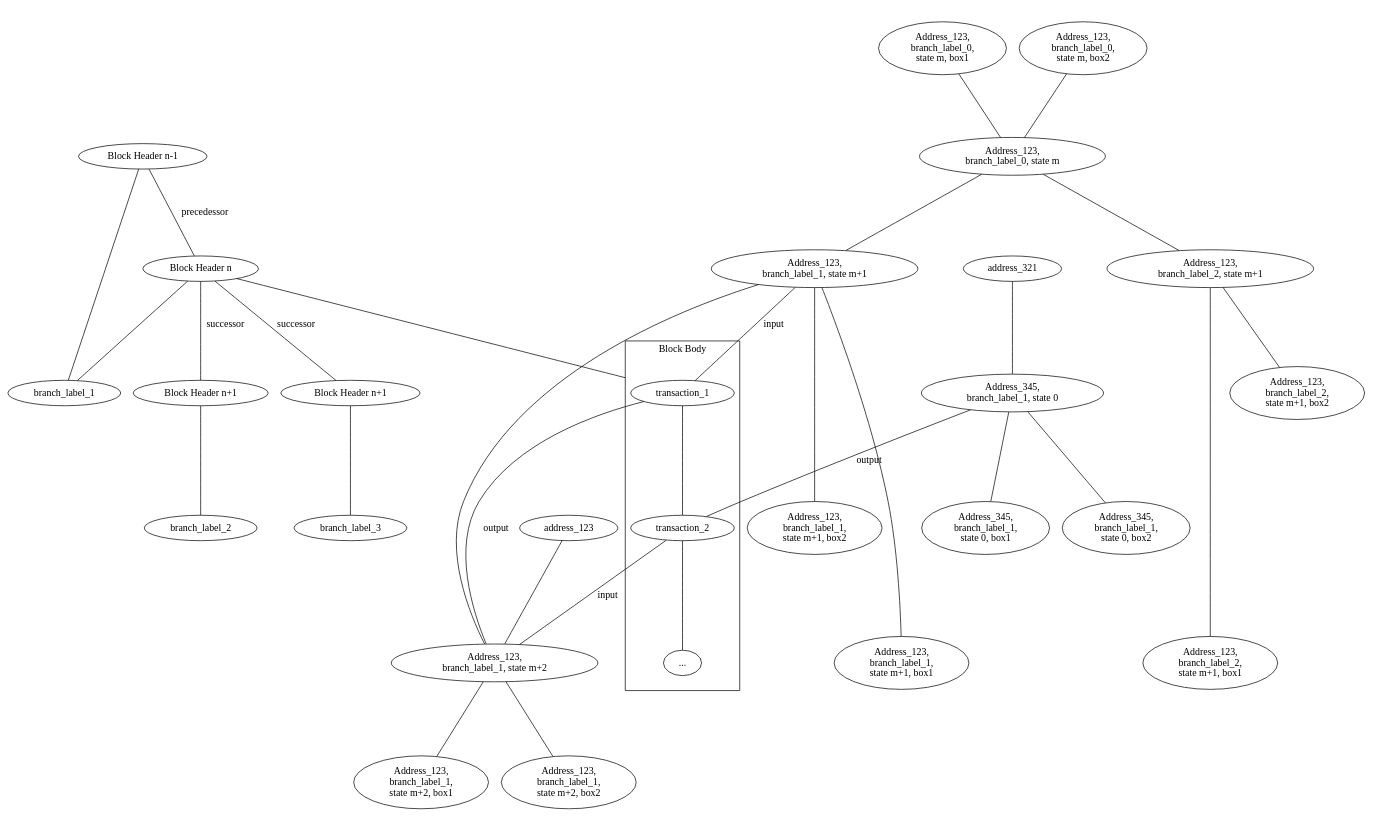
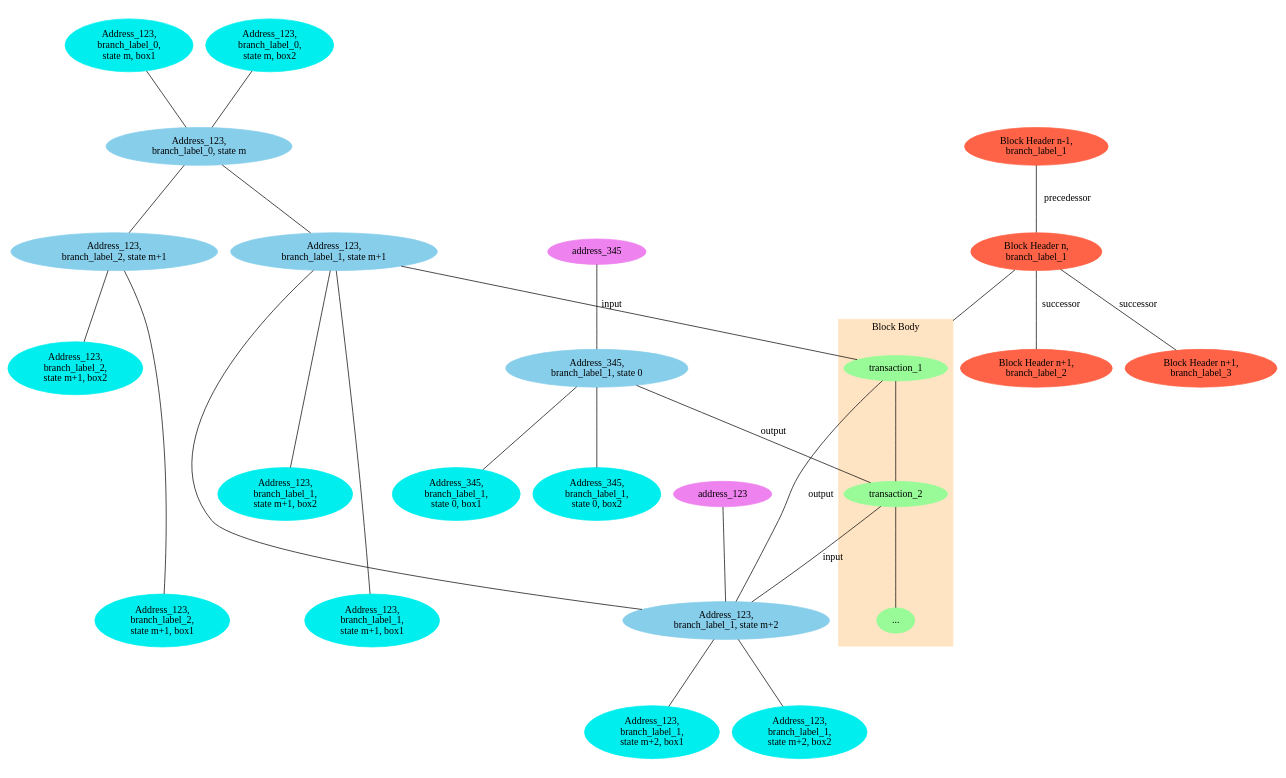
The diagram in genus_block_data_model.dot (mgrand-topl/PlantUML_Sandbox), drawn with Graphviz before and after one commit.

```diff
--- a/genus_block_data_model.dot
+++ b/genus_block_data_model.dot
@@ -1,32 +1,56 @@
 graph g {
   ratio= 0.6;
   compound=true;
-  "Block Header n" [label="Block Header n"]
-  "Block Header n-1" -- branch_label_1
-  "Block Header n-1" -- "Block Header n" [label = "precedessor"];
-  "Block Header n" -- "Block Header n+1" [label = "successor"]
-  "Block Header n" -- "Block Header n+1 " [label = "successor"]
-  "Block Header n" -- branch_label_1
-  "Block Header n" -- transaction_1 [lhead=cluster0]
-  "Block Header n+1" -- branch_label_2
-  "Block Header n+1 " -- branch_label_3
+  "Block Header n,\nbranch_label_1" [color=tomato, style=filled]
+  "Block Header n-1,\nbranch_label_1" [color=tomato, style=filled]
+  "Block Header n-1,\nbranch_label_1"
+  "Block Header n-1,\nbranch_label_1" -- "Block Header n,\nbranch_label_1" [label = "precedessor"];
+  "Block Header n,\nbranch_label_1" -- "Block Header n+1,\nbranch_label_2" [label = "successor"]
+  "Block Header n,\nbranch_label_1" -- "Block Header n+1,\nbranch_label_3" [label = "successor"]
+  "Block Header n,\nbranch_label_1"
+  "Block Header n,\nbranch_label_1" -- transaction_1 [lhead=cluster0]
+  "Block Header n+1,\nbranch_label_2" [color=tomato, style=filled]
+  "Block Header n+1,\nbranch_label_2"
+  "Block Header n+1,\nbranch_label_3" [color=tomato, style=filled]
 
   subgraph cluster0 {
     label = "Block Body"
+    color=bisque
+    style=filled
+    "..." [color=palegreen, style=filled]
     transaction_1 -- transaction_2 -- "...";
   }
+  "Address_123,\nbranch_label_0,\nstate m, box1" [color=cyan2, style=filled]
+  "Address_123,\nbranch_label_0,\nstate m, box2" [color=cyan2, style=filled]
   {"Address_123,\nbranch_label_0,\nstate m, box1" "Address_123,\nbranch_label_0,\nstate m, box2"} -- "Address_123,\nbranch_label_0, state m"
+  "Address_123,\nbranch_label_0, state m" [color=skyblue, style=filled]
   "Address_123,\nbranch_label_0, state m" --  {"Address_123,\nbranch_label_1, state m+1" "Address_123,\nbranch_label_2, state m+1"}
+  "Address_123,\nbranch_label_1, state m+1" [color=skyblue, style=filled]
+  "Address_123,\nbranch_label_1,\nstate m+1, box1" [color=cyan2, style=filled]
+  "Address_123,\nbranch_label_1,\nstate m+1, box2" [color=cyan2, style=filled]
   "Address_123,\nbranch_label_1, state m+1" -- "Address_123,\nbranch_label_1,\nstate m+1, box1" [minlen="3"]
   "Address_123,\nbranch_label_1, state m+1" -- "Address_123,\nbranch_label_1,\nstate m+1, box2" [minlen="2"]
+  "Address_123,\nbranch_label_2,\nstate m+1, box1" [color=cyan2, style=filled]
+  "Address_123,\nbranch_label_2,\nstate m+1, box2" [color=cyan2, style=filled]
+  "Address_123,\nbranch_label_2, state m+1" [color=skyblue, style=filled]
   "Address_123,\nbranch_label_2, state m+1" -- "Address_123,\nbranch_label_2,\nstate m+1, box1" [minlen="3"]
   "Address_123,\nbranch_label_2, state m+1" -- "Address_123,\nbranch_label_2,\nstate m+1, box2"
   "Address_123,\nbranch_label_1, state m+1" -- transaction_1 [label="input"]
+  "Address_123,\nbranch_label_1,\nstate m+2, box1" [color=cyan2, style=filled]
+  "Address_123,\nbranch_label_1,\nstate m+2, box2" [color=cyan2, style=filled]
   "Address_123,\nbranch_label_1, state m+1" -- "Address_123,\nbranch_label_1, state m+2" -- {"Address_123,\nbranch_label_1,\nstate m+2, box1" "Address_123,\nbranch_label_1,\nstate m+2, box2"}
+  transaction_1 [color=palegreen, style=filled]
+  "Address_123,\nbranch_label_1, state m+2" [color=skyblue, style=filled]
   transaction_1 -- "Address_123,\nbranch_label_1, state m+2" [label = "output"]
+  transaction_2 [color=palegreen, style=filled]
   transaction_2 -- "Address_123,\nbranch_label_1, state m+2" [label="input"]
+  address_123 [color=violet, style=filled]
   address_123 -- "Address_123,\nbranch_label_1, state m+2"
+  "Address_345,\nbranch_label_1, state 0" [color=skyblue, style=filled]
   "Address_345,\nbranch_label_1, state 0" -- transaction_2 [label="output"]
+  "Address_345,\nbranch_label_1,\nstate 0, box1" [color=cyan2, style=filled]
+  "Address_345,\nbranch_label_1,\nstate 0, box2" [color=cyan2, style=filled]
   "Address_345,\nbranch_label_1, state 0" -- {"Address_345,\nbranch_label_1,\nstate 0, box1" "Address_345,\nbranch_label_1,\nstate 0, box2"}
-  "address_321" -- "Address_345,\nbranch_label_1, state 0"
+  "address_345" [color=violet, style=filled]
+  "address_345" -- "Address_345,\nbranch_label_1, state 0"
 }
```
